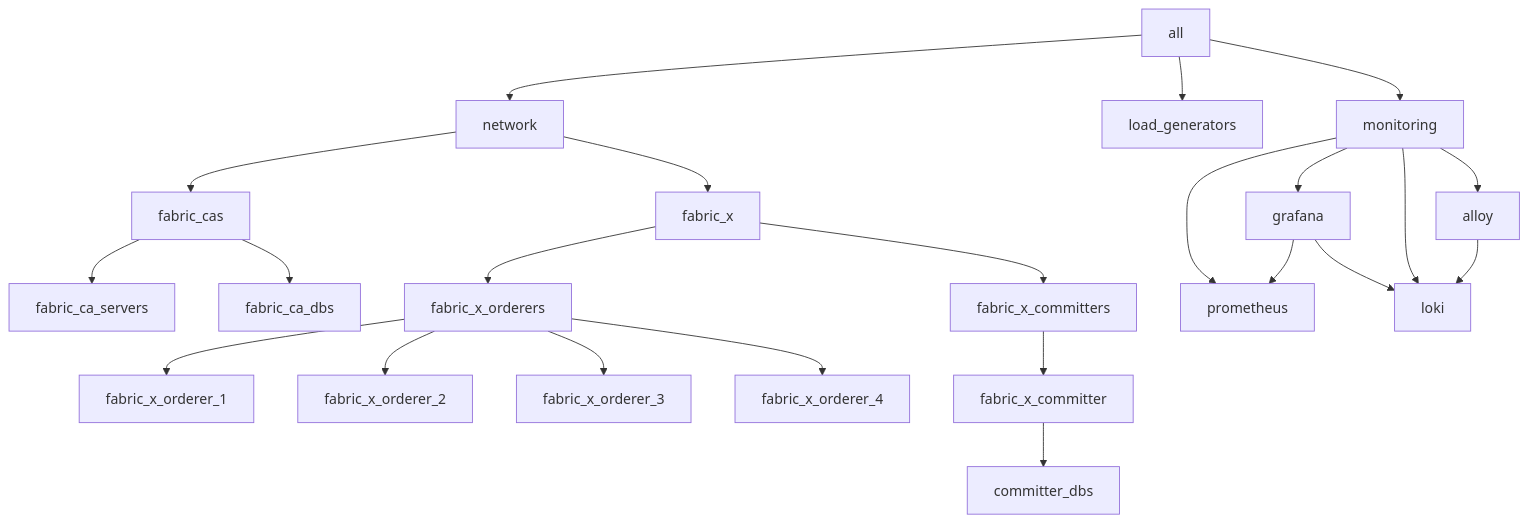
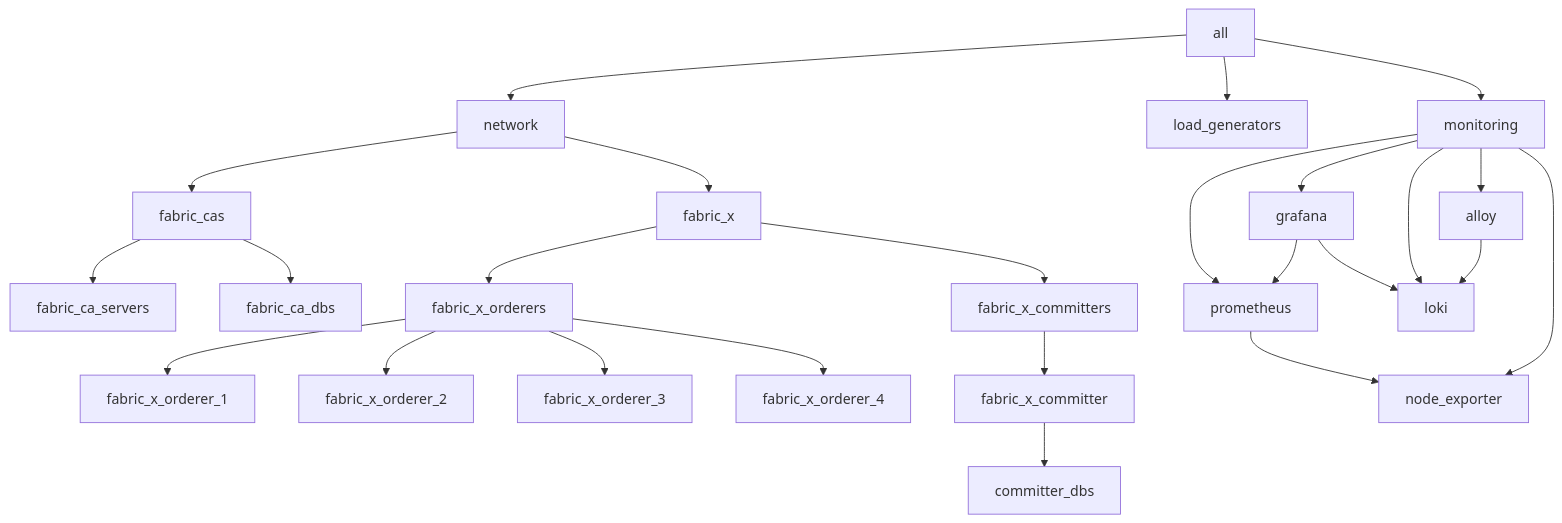
The diagram in examples/inventory/docs/k8s/fabric-x-yugabyte.md (LF-Decentralized-Trust-labs/fabric-x-ansible-collection), drawn with Mermaid before and after one commit. The commit also changed 77 other files, not shown here.

````diff
--- a/examples/inventory/docs/k8s/fabric-x-yugabyte.md
+++ b/examples/inventory/docs/k8s/fabric-x-yugabyte.md
@@ -34,25 +34,27 @@
 ```mermaid
 flowchart TD
   all --> network
   network --> fabric_cas
   network --> fabric_x
   all --> load_generators
   all --> monitoring
   monitoring --> prometheus
   monitoring --> grafana
   monitoring --> loki
   monitoring --> alloy
+  monitoring --> node_exporter
   grafana --> prometheus
   grafana --> loki
   alloy --> loki
+  prometheus --> node_exporter
   fabric_cas --> fabric_ca_servers
   fabric_cas --> fabric_ca_dbs
   fabric_x --> fabric_x_orderers
   fabric_x --> fabric_x_committers
   fabric_x_committers --> fabric_x_committer
   fabric_x_orderers --> fabric_x_orderer_1
   fabric_x_orderers --> fabric_x_orderer_2
   fabric_x_orderers --> fabric_x_orderer_3
   fabric_x_orderers --> fabric_x_orderer_4
   fabric_x_committer --> committer_dbs
 ```
````
